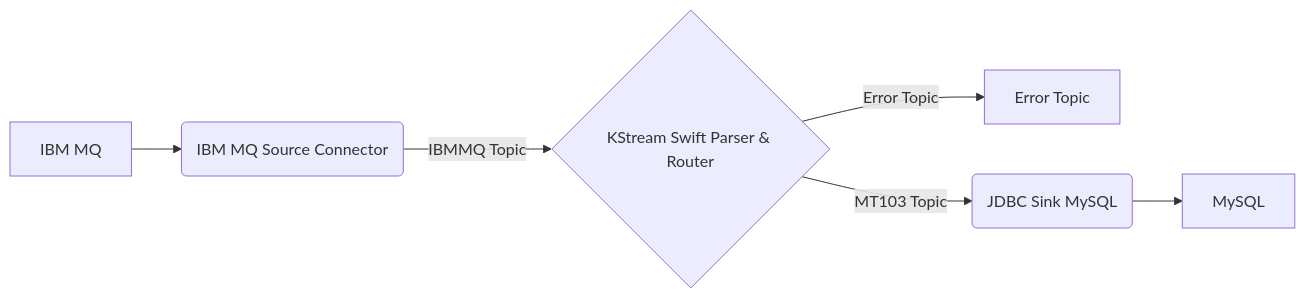
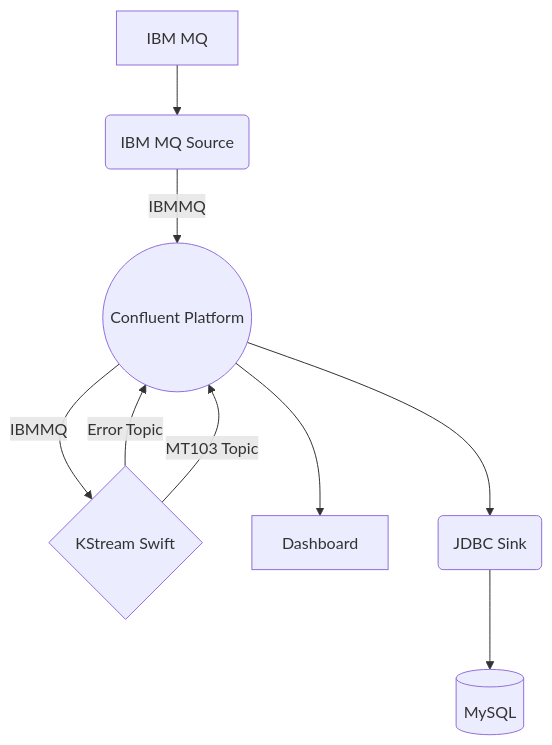
Before and after one commit to hdulay/swift-parser: the diagram in README.md, drawn with Mermaid.

````diff
--- a/README.md
+++ b/README.md
@@ -3,7 +3,7 @@
 ```mermaid
-graph LR
-A[IBM MQ] -->B(IBM MQ Source Connector) -->|IBMMQ Topic| C{KStream Swift Parser & Router}
-    C -->|Error Topic| D[Error Topic]
-    C -->|MT103 Topic| E(JDBC Sink MySQL) --> F[MySQL]
+graph TD
+A[IBM MQ] -->B(IBM MQ Source) -->|IBMMQ| K((Confluent Platform)) -->|IBMMQ| C{KStream Swift}
+C -->|Error Topic| K -->D[Dashboard]
+C -->|MT103 Topic| K -->E(JDBC Sink) --> F[(MySQL)]
 
 ```
````
